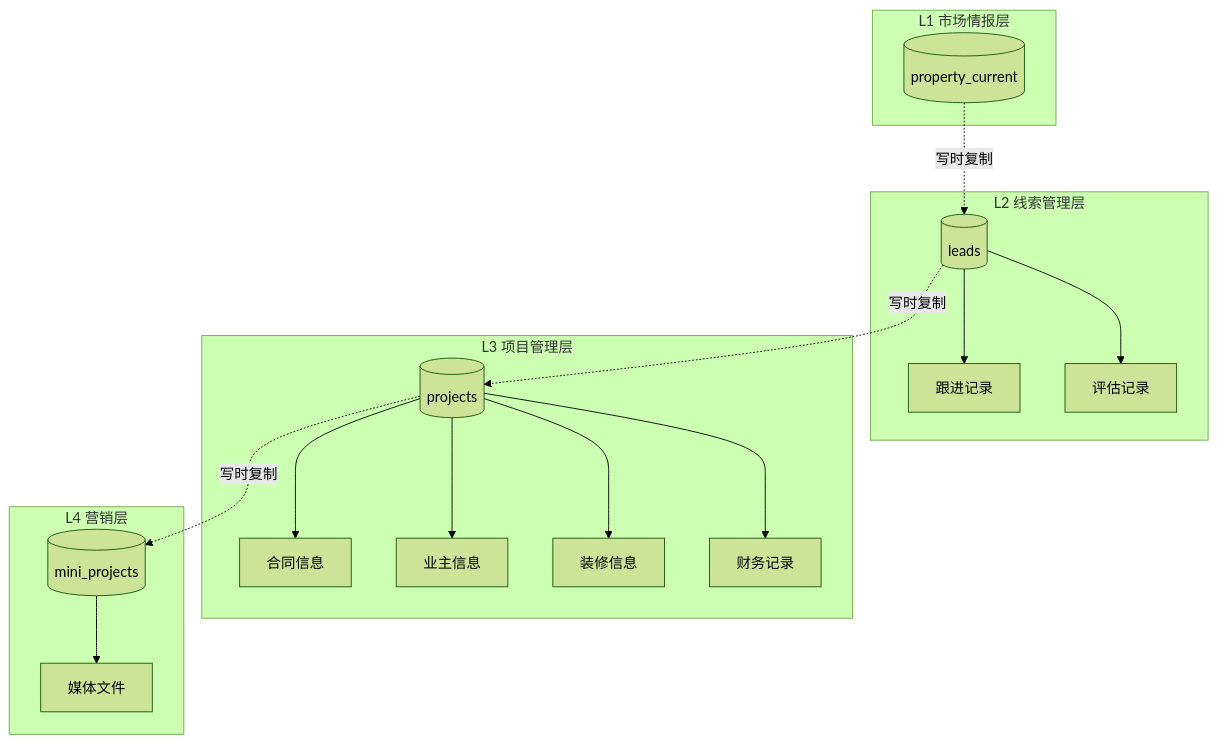
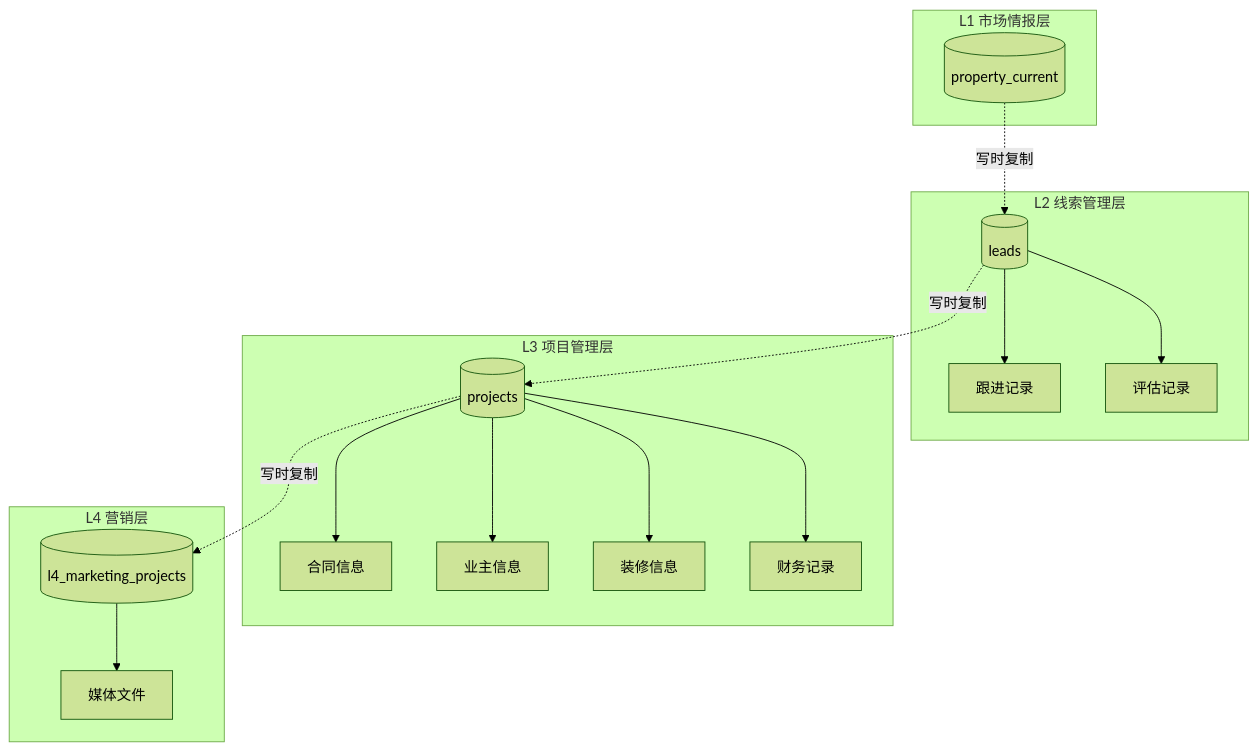
The eighth of 8 diagrams in README.md (kakaoxy/profo), drawn with Mermaid (forest theme) before and after one commit. The commit also changed other lines of this file, not shown here.

````diff
--- a/README.md
+++ b/README.md
@@ -1084,36 +1404,36 @@
 ```mermaid
 graph TB
     subgraph "L1 市场情报层"
         L1D[(property_current)]
     end
 
     subgraph "L2 线索管理层"
         L2D[(leads)]
         L2F[跟进记录]
         L2E[评估记录]
     end
 
     subgraph "L3 项目管理层"
         L3D[(projects)]
         L3C[合同信息]
         L3O[业主信息]
         L3R[装修信息]
         L3F[财务记录]
     end
 
     subgraph "L4 营销层"
-        L4D[(mini_projects)]
+        L4D[(l4_marketing_projects)]
         L4M[媒体文件]
     end
 
     L1D -.->|写时复制| L2D
     L2D --> L2F
     L2D --> L2E
     L2D -.->|写时复制| L3D
     L3D --> L3C
     L3D --> L3O
     L3D --> L3R
     L3D --> L3F
     L3D -.->|写时复制| L4D
     L4D --> L4M
 ```
````
